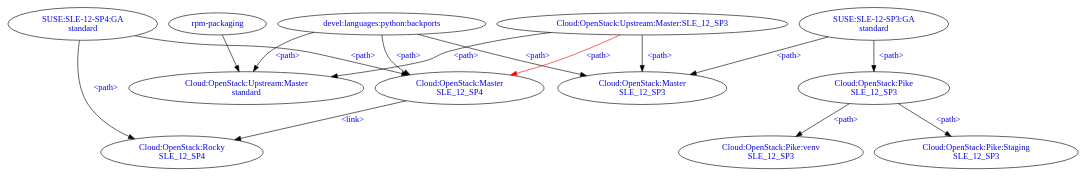
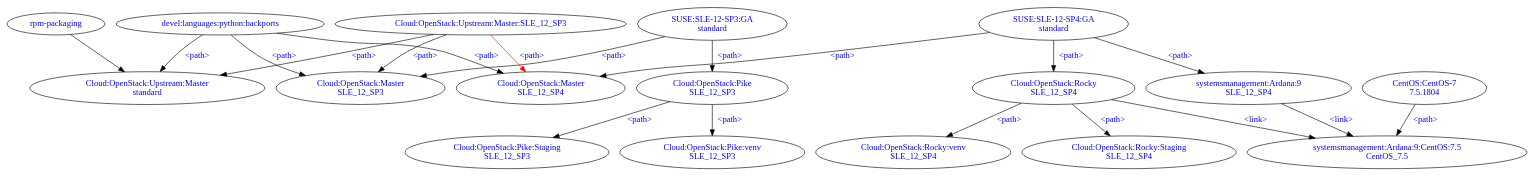
Before and after one commit to SUSE-Cloud/automation: the diagram in docs/repositories.dot, drawn with Graphviz.

Commit message:
Document more from Rocky in repositories.dot

```diff
--- a/docs/repositories.dot
+++ b/docs/repositories.dot
@@ -1,150 +1,196 @@
 digraph G {
     dlpb[
       label="devel:languages:python:backports",
       URL="https://build.opensuse.org/project/show/devel:languages:python:backports",
       fontcolor="blue"
     ];
     SP3GA[
       label="SUSE:SLE-12-SP3:GA\nstandard",
       URL="https://build.opensuse.org/project/show/SUSE:SLE-12-SP3:GA",
       fontcolor="blue"
     ];
     SP4GA[
       label="SUSE:SLE-12-SP4:GA\nstandard",
       URL="https://build.opensuse.org/project/show/SUSE:SLE-12-SP4:GA",
       fontcolor="blue"
     ];
     COUMs[
       label="Cloud:OpenStack:Upstream:Master\nstandard",
       URL="https://build.opensuse.org/project/show/Cloud:OpenStack:Upstream:Master",
       fontcolor="blue"
     ];
     COUMSP3[
       label="Cloud:OpenStack:Upstream:Master:SLE_12_SP3",
       URL="https://build.opensuse.org/project/show/Cloud:OpenStack:Upstream:Master:SLE_12_SP3",
       fontcolor="blue"
     ];
     COMSP3[
       label="Cloud:OpenStack:Master\nSLE_12_SP3",
       URL="https://build.opensuse.org/project/show/Cloud:OpenStack:Master",
       fontcolor="blue"
     ];
     COMSP4[
       label="Cloud:OpenStack:Master\nSLE_12_SP4",
       URL="https://build.opensuse.org/project/show/Cloud:OpenStack:Master",
       fontcolor="blue"
     ];
 //    COF[
 //      label="Cloud:OpenStack:Factory",
 //      URL="https://build.opensuse.org/project/show/Cloud:OpenStack:Factory",
 //      fontcolor="blue"
 //    ];
     COP[
       label="Cloud:OpenStack:Pike\nSLE_12_SP3",
       URL="https://build.opensuse.org/project/show/Cloud:OpenStack:Pike",
       fontcolor="blue"
     ];
     COPv[
       label="Cloud:OpenStack:Pike:venv\nSLE_12_SP3",
       URL="https://build.opensuse.org/project/show/Cloud:OpenStack:Pike:venv",
       fontcolor="blue"
     ];
     COPS[
       label="Cloud:OpenStack:Pike:Staging\nSLE_12_SP3",
       URL="https://build.opensuse.org/project/show/Cloud:OpenStack:Pike:Staging",
       fontcolor="blue"
     ];
     CORSP4[
       label="Cloud:OpenStack:Rocky\nSLE_12_SP4",
       URL="https://build.opensuse.org/project/show/Cloud:OpenStack:Rocky",
       fontcolor="blue"
     ];
-//    CORS[
-//      label="Cloud:OpenStack:Rocky:Staging",
-//      URL="https://build.opensuse.org/project/show/Cloud:OpenStack:Rocky:Staging",
-//      fontcolor="blue"
-//    ];
+    CORSSP4[
+      label="Cloud:OpenStack:Rocky:Staging\nSLE_12_SP4",
+      URL="https://build.opensuse.org/project/show/Cloud:OpenStack:Rocky:Staging",
+      fontcolor="blue"
+    ];
+    CORvSP4[
+      label="Cloud:OpenStack:Rocky:venv\nSLE_12_SP4",
+      URL="https://build.opensuse.org/project/show/Cloud:OpenStack:Rocky:venv",
+      fontcolor="blue"
+    ];
+    A9SP4[
+      label="systemsmanagement:Ardana:9\nSLE_12_SP4",
+      URL="https://build.opensuse.org/project/show/systemsmanagement:Ardana:9",
+      fontcolor="blue"
+    ];
+    C75[
+      label="CentOS:CentOS-7\n7.5.1804",
+      URL="https://build.opensuse.org/project/show/CentOS:CentOS-7",
+      fontcolor="blue"
+    ];
+    A9C75[
+      label="systemsmanagement:Ardana:9:CentOS:7.5\nCentOS_7.5",
+      URL="https://build.opensuse.org/project/show/systemsmanagement:Ardana:9:CentOS:7.5",
+      fontcolor="blue"
+    ];
     rp[
       label="rpm-packaging",
       URL="https://wiki.openstack.org/wiki/Rpm-packaging",
       fontcolor="blue"
     ];
 
     // Upstream
     dlpb -> COUMs[
       label="<path>",
       URL="https://build.opensuse.org/project/meta/Cloud:OpenStack:Upstream:Master",
       fontcolor="blue"
     ];
     COUMSP3 -> COUMs[
       label="<path>",
       URL="https://build.opensuse.org/project/meta/Cloud:OpenStack:Upstream:Master",
       fontcolor="blue"
     ];
 
     // Master SP3
     COUMSP3 -> COMSP3[
       label="<path>",
       URL="https://build.opensuse.org/project/meta/Cloud:OpenStack:Master",
       fontcolor="blue"
     ];
     dlpb -> COMSP3[
       label="<path>",
       URL="https://build.opensuse.org/project/meta/Cloud:OpenStack:Master",
       fontcolor="blue"
     ];
     SP3GA -> COMSP3[
       label="<path>",
       URL="https://build.opensuse.org/project/meta/Cloud:OpenStack:Master",
       fontcolor="blue"
     ];
 
     // Master SP4
     COUMSP3 -> COMSP4[
       label="<path>",
       color="red",
       URL="https://build.opensuse.org/project/meta/Cloud:OpenStack:Master",
       fontcolor="blue"
     ];
     dlpb -> COMSP4[
       label="<path>",
       URL="https://build.opensuse.org/project/meta/Cloud:OpenStack:Master",
       fontcolor="blue"
     ];
     SP4GA -> COMSP4[
       label="<path>",
       URL="https://build.opensuse.org/project/meta/Cloud:OpenStack:Master",
       fontcolor="blue"
     ];
 
     // Rocky
-    COMSP4 -> CORSP4[
-      label="<link>",
-      URL="https://build.opensuse.org/project/meta/Cloud:OpenStack:Rocky",
+    CORSP4 -> CORSSP4[
+      label="<path>",
+      URL="https://build.opensuse.org/project/meta/Cloud:OpenStack:Rocky:Staging",
       fontcolor="blue"
     ];
     SP4GA -> CORSP4[
       label="<path>",
       URL="https://build.opensuse.org/project/meta/Cloud:OpenStack:Rocky",
       fontcolor="blue"
     ];
+    CORSP4 -> CORvSP4[
+      label="<path>",
+      URL="https://build.opensuse.org/project/meta/Cloud:OpenStack:Rocky:venv",
+      fontcolor="blue"
+    ];
+    SP4GA -> A9SP4[
+      label="<path>",
+      URL="https://build.opensuse.org/project/meta/systemsmanagement:Ardana:9",
+      fontcolor="blue"
+    ];
+    C75 -> A9C75[
+      label="<path>",
+      URL="https://build.opensuse.org/project/meta/systemsmanagement:Ardana:9:CentOS:7.5",
+      fontcolor="blue"
+    ];
+    CORSP4 -> A9C75[
+      label="<link>",
+      URL="https://build.opensuse.org/project/meta/systemsmanagement:Ardana:9:CentOS:7.5",
+      fontcolor="blue"
+    ];
+    A9SP4 -> A9C75[
+      label="<link>",
+      URL="https://build.opensuse.org/project/meta/systemsmanagement:Ardana:9:CentOS:7.5",
+      fontcolor="blue"
+    ];
+
 
     // Pike
     COP -> COPS[
       label="<path>",
       URL="https://build.opensuse.org/project/meta/Cloud:OpenStack:Pike",
       fontcolor="blue"
     ];
     SP3GA -> COP[
       label="<path>",
       URL="https://build.opensuse.org/project/meta/Cloud:OpenStack:Pike",
       fontcolor="blue"
     ];
     COP -> COPv[
       label="<path>",
       URL="https://build.opensuse.org/project/meta/Cloud:OpenStack:Pike:venv",
       fontcolor="blue"
     ];
 
     rp-> COUMs;
 }
```
